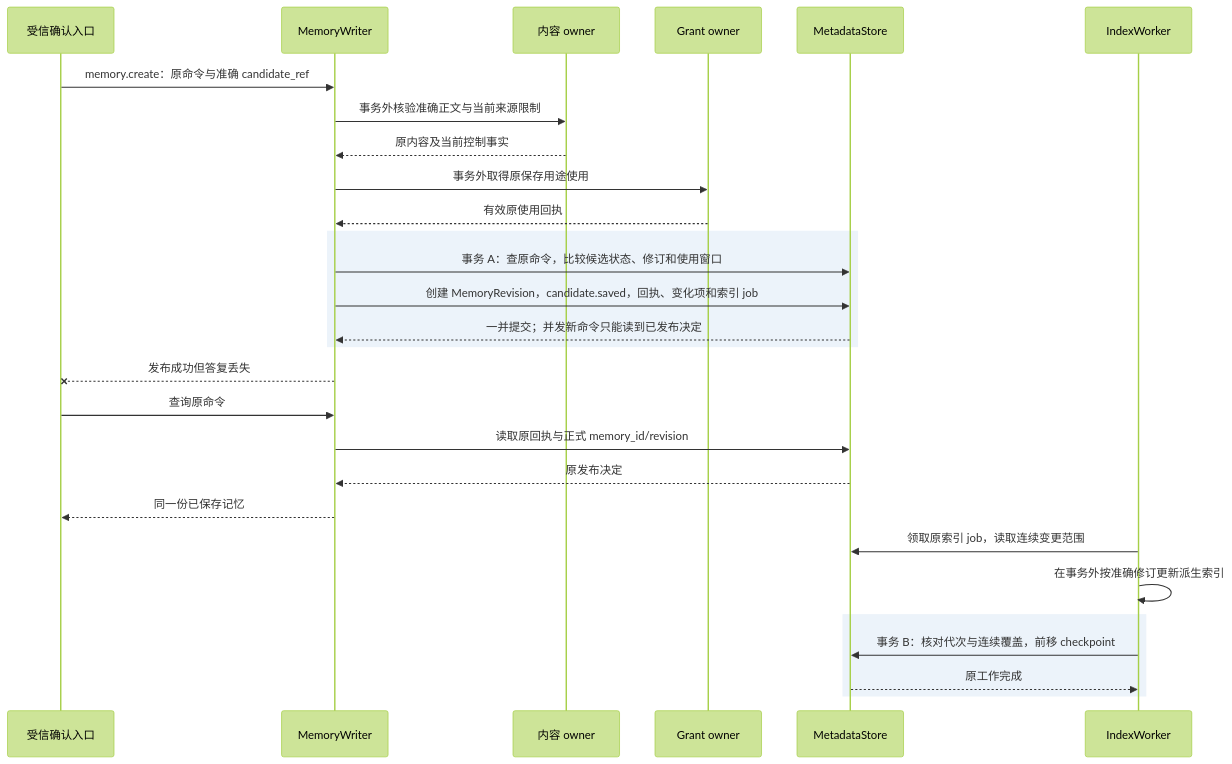
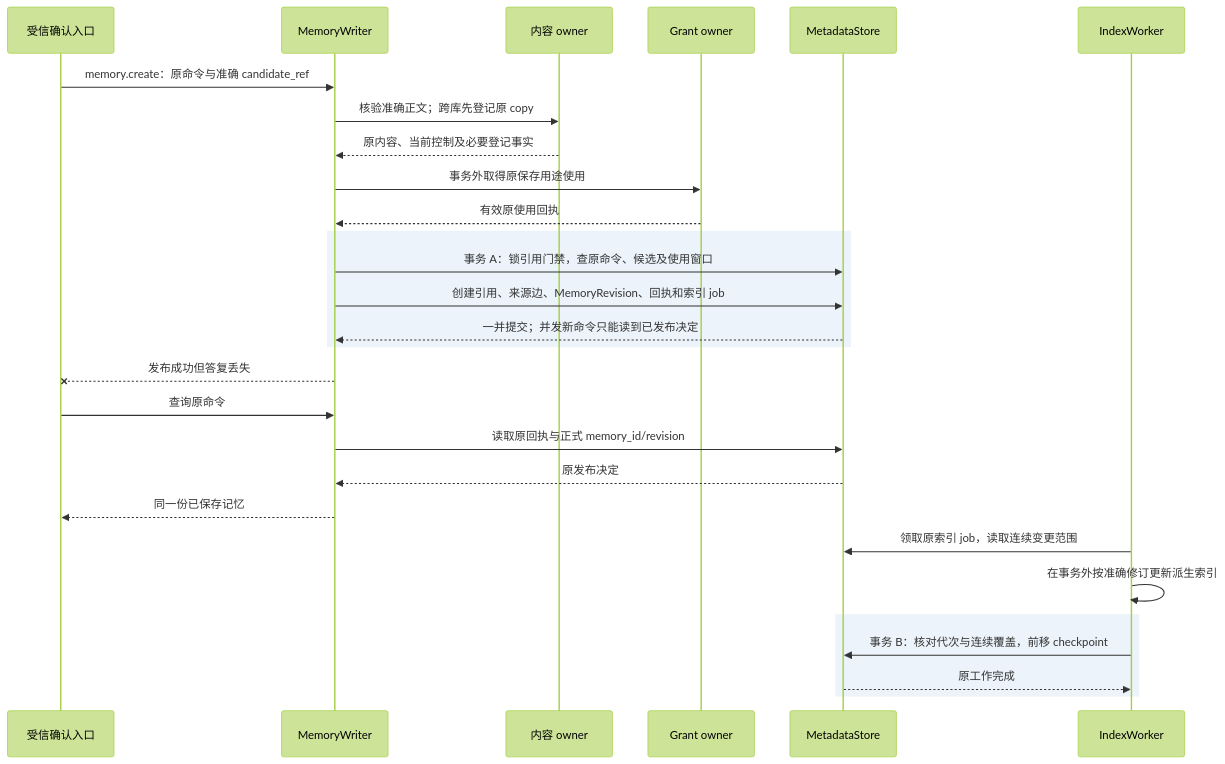
Before and after one commit to ruipengliu/lerna: the fifth of 7 diagrams in docs/architecture/memory/implementation.md, drawn with Mermaid (forest theme). The commit also changed other lines of this file and 95 other files, not shown here.

Commit message:
docs: define production distributed architecture

````diff
--- a/docs/architecture/memory/implementation.md
+++ b/docs/architecture/memory/implementation.md
@@ -204,30 +258,30 @@
 ```mermaid
 sequenceDiagram
     participant U as 受信确认入口
     participant W as MemoryWriter
     participant C as 内容 owner
     participant G as Grant owner
     participant S as MetadataStore
     participant I as IndexWorker
     U->>W: memory.create：原命令与准确 candidate_ref
-    W->>C: 事务外核验准确正文与当前来源限制
-    C-->>W: 原内容及当前控制事实
+    W->>C: 核验准确正文；跨库先登记原 copy
+    C-->>W: 原内容、当前控制及必要登记事实
     W->>G: 事务外取得原保存用途使用
     G-->>W: 有效原使用回执
     rect rgb(236, 243, 250)
-      W->>S: 事务 A：查原命令，比较候选状态、修订和使用窗口
-      W->>S: 创建 MemoryRevision，candidate.saved，回执、变化项和索引 job
+      W->>S: 事务 A：锁引用门禁，查原命令、候选及使用窗口
+      W->>S: 创建引用、来源边、MemoryRevision、回执和索引 job
       S-->>W: 一并提交；并发新命令只能读到已发布决定
     end
     W--xU: 发布成功但答复丢失
     U->>W: 查询原命令
     W->>S: 读取原回执与正式 memory_id/revision
     S-->>W: 原发布决定
     W-->>U: 同一份已保存记忆
     I->>S: 领取原索引 job，读取连续变更范围
     I->>I: 在事务外按准确修订更新派生索引
     rect rgb(236, 243, 250)
       I->>S: 事务 B：核对代次与连续覆盖，前移 checkpoint
       S-->>I: 原工作完成
     end
 ```
````
